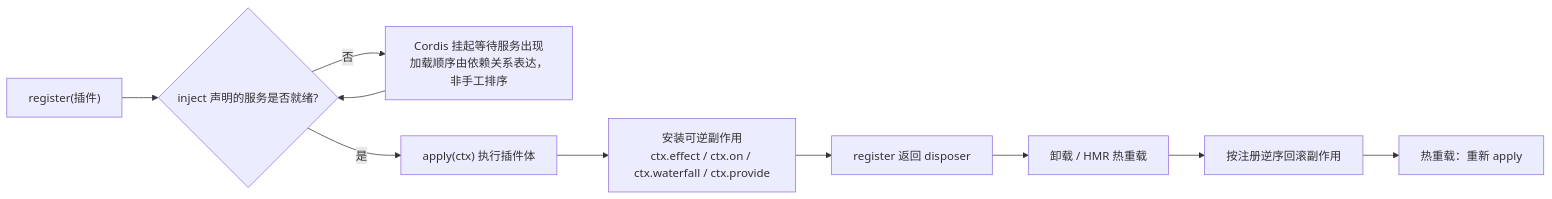
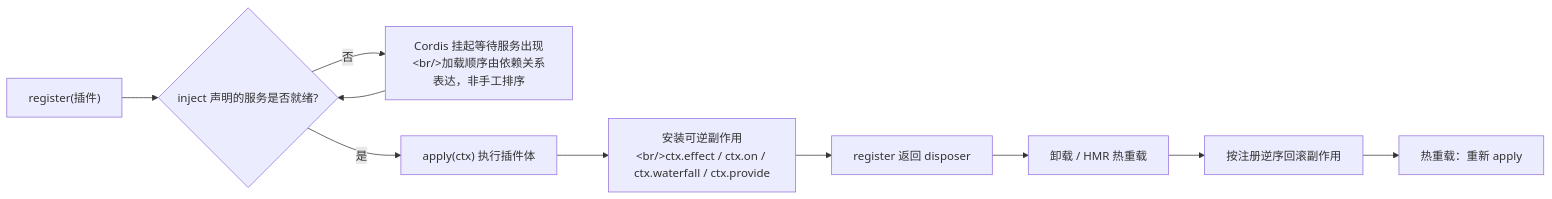
The fourth of 9 diagrams in docs/report/02-architecture.md (ZZKeepCurious/mini-deepseek-harness-python), drawn with Mermaid before and after one commit. The commit also changed other lines of this file and 27 other files, not shown here.

````diff
--- a/docs/report/02-architecture.md
+++ b/docs/report/02-architecture.md
@@ -173,12 +173,12 @@
 ```mermaid
 flowchart LR
   REG["register(插件)"] --> INJ{"inject 声明的服务是否就绪?"}
-  INJ -->|否| WAIT["Cordis 挂起等待服务出现<br/>加载顺序由依赖关系表达，非手工排序"]
+  INJ -->|否| WAIT["Cordis 挂起等待服务出现&lt;br/&gt;加载顺序由依赖关系表达，非手工排序"]
   WAIT --> INJ
   INJ -->|是| APPLY["apply(ctx) 执行插件体"]
-  APPLY --> FX["安装可逆副作用<br/>ctx.effect / ctx.on / ctx.waterfall / ctx.provide"]
+  APPLY --> FX["安装可逆副作用&lt;br/&gt;ctx.effect / ctx.on / ctx.waterfall / ctx.provide"]
   FX --> DISP["register 返回 disposer"]
   DISP --> UNLOAD["卸载 / HMR 热重载"]
   UNLOAD --> ROLL["按注册逆序回滚副作用"]
   ROLL --> REAPPLY["热重载：重新 apply"]
 ```
````
